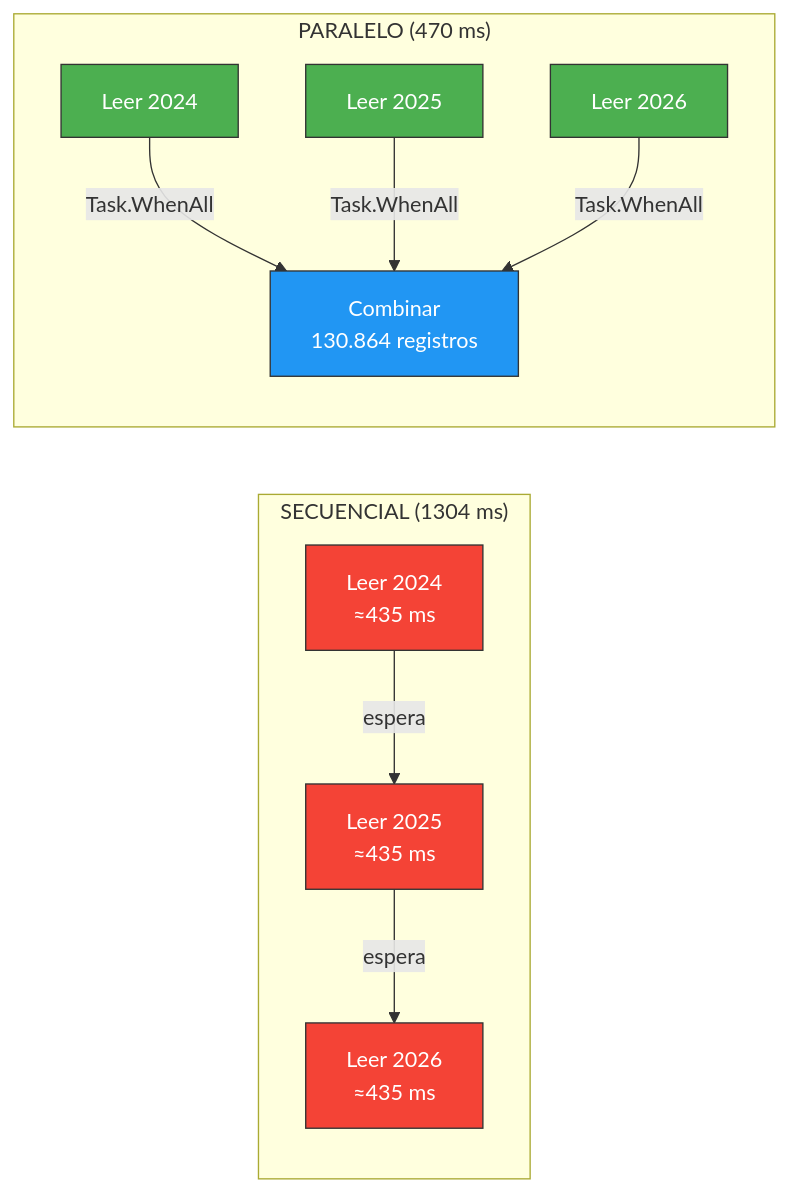
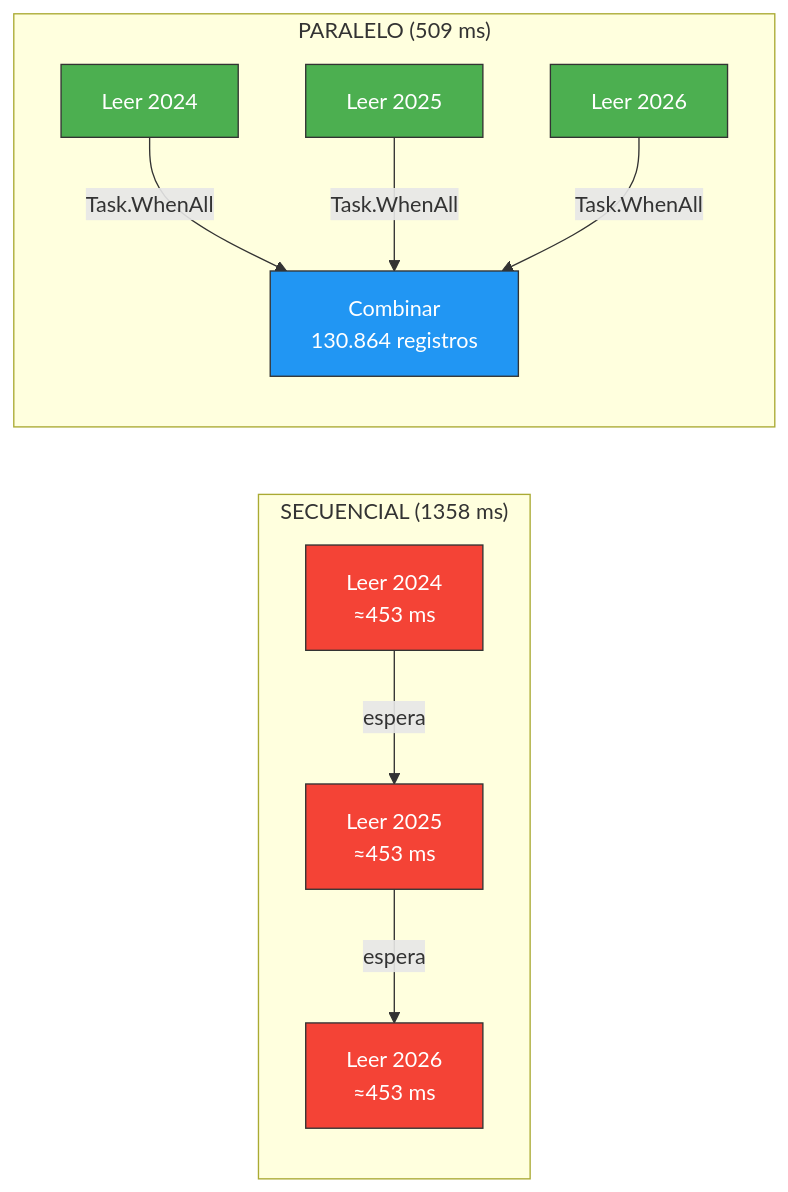
Before and after one commit to joseluisgs/DesarrolloWebEntornosServidor-01-2026-2027: the first of 5 diagrams in soluciones/09-AccidentesMadrid/README.md, drawn with Mermaid. The commit also changed other lines of this file and 1 other file, not shown here.

````diff
--- a/soluciones/09-AccidentesMadrid/README.md
+++ b/soluciones/09-AccidentesMadrid/README.md
@@ -260,21 +263,21 @@
 ```mermaid
 graph LR
-    subgraph "SECUENCIAL (1304 ms)"
-        A1["Leer 2024<br/>≈435 ms"] -->|espera| A2["Leer 2025<br/>≈435 ms"] -->|espera| A3["Leer 2026<br/>≈435 ms"]
+    subgraph "SECUENCIAL (1358 ms)"
+        A1["Leer 2024<br/>≈453 ms"] -->|espera| A2["Leer 2025<br/>≈453 ms"] -->|espera| A3["Leer 2026<br/>≈453 ms"]
     end
 
-    subgraph "PARALELO (470 ms)"
+    subgraph "PARALELO (509 ms)"
         B1["Leer 2024"]
         B2["Leer 2025"]
         B3["Leer 2026"]
         B1 & B2 & B3 -->|Task.WhenAll| B4["Combinar<br/>130.864 registros"]
     end
 
     style A1 fill:#f44336,stroke:#333,color:#fff
     style A2 fill:#f44336,stroke:#333,color:#fff
     style A3 fill:#f44336,stroke:#333,color:#fff
     style B1 fill:#4CAF50,stroke:#333,color:#fff
     style B2 fill:#4CAF50,stroke:#333,color:#fff
     style B3 fill:#4CAF50,stroke:#333,color:#fff
     style B4 fill:#2196F3,stroke:#333,color:#fff
 ```
````
